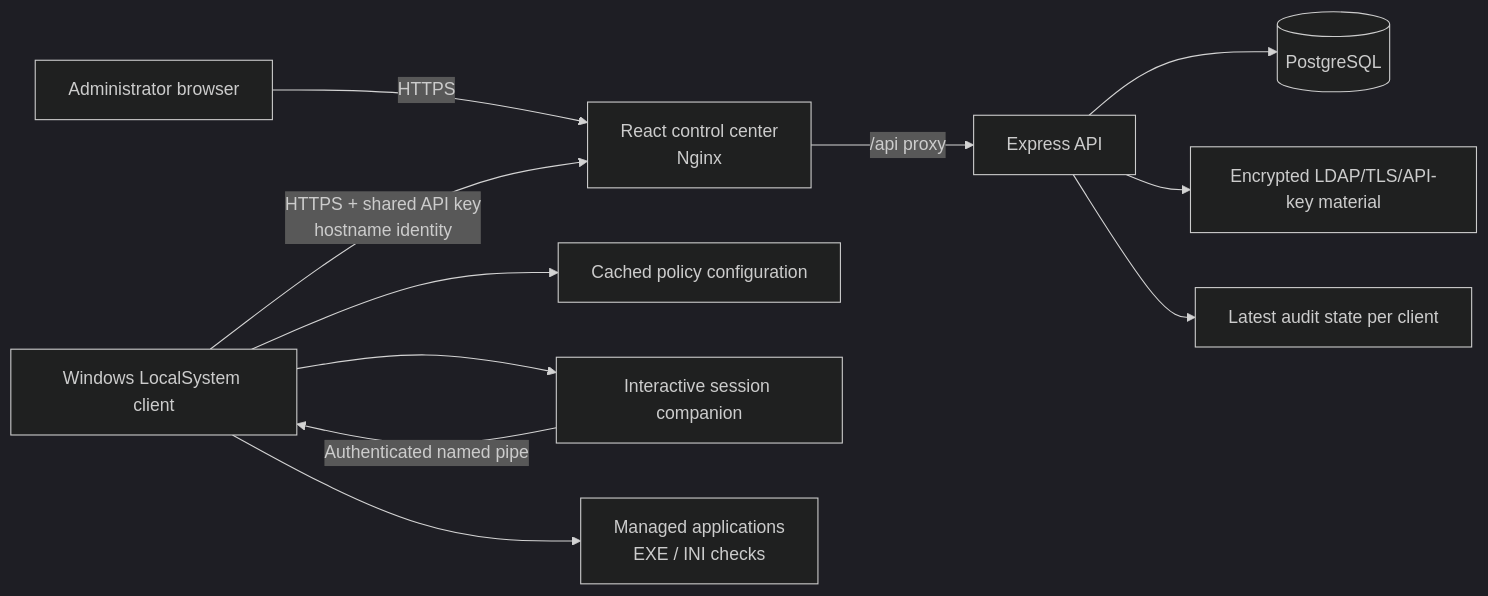
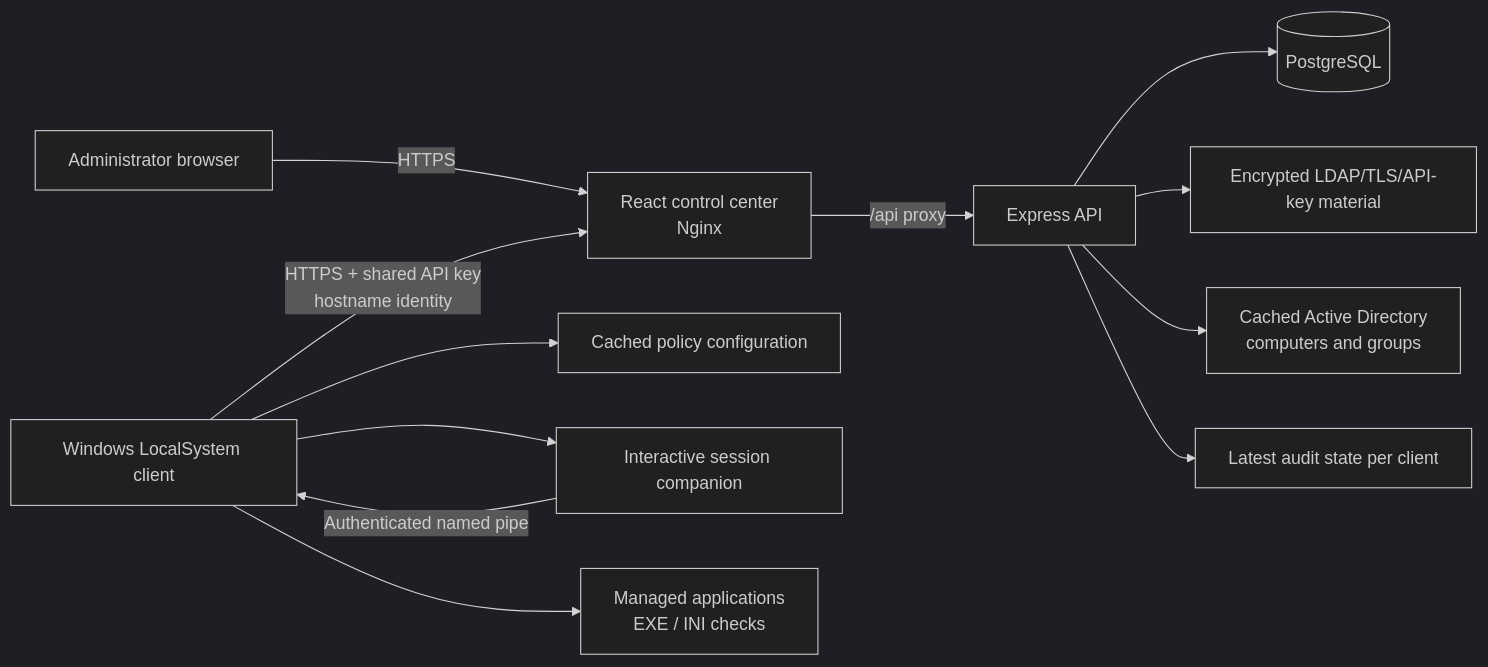
Before and after one commit to andyelsen85-bit/NemesysV2-Update-Management: the diagram in README.md, drawn with Mermaid (dark theme). The commit also changed other lines of this file and 22 other files, not shown here.

````diff
--- a/README.md
+++ b/README.md
@@ -41,15 +42,16 @@
 ```mermaid
 flowchart LR
     Admin[Administrator browser] -->|HTTPS| Web[React control center<br/>Nginx]
     Web -->|/api proxy| API[Express API]
     API --> DB[(PostgreSQL)]
 
     Client[Windows LocalSystem client] -->|HTTPS + shared API key<br/>hostname identity| Web
     Client --> Cache[Cached policy configuration]
     Client --> Companion[Interactive session companion]
     Companion -->|Authenticated named pipe| Client
     Client --> Apps[Managed applications<br/>EXE / INI checks]
 
     API --> TLS[Encrypted LDAP/TLS/API-key material]
+    API --> Directory[Cached Active Directory<br/>computers and groups]
     API --> Audit[Latest audit state per client]
 ```
````
